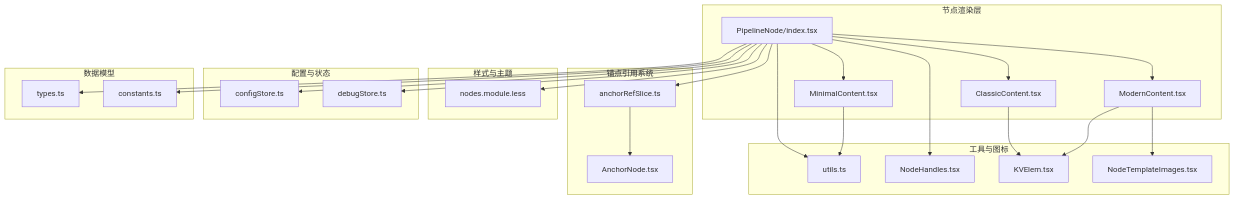
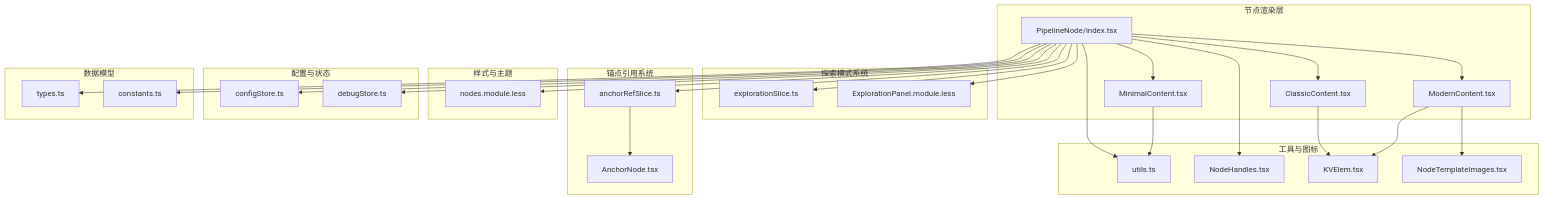
Before and after one commit to kqcoxn/MaaPipelineEditor: the first of 11 diagrams in .qoder/repowiki/zh/content/核心概念/节点系统/Pipeline节点.md, drawn with Mermaid. The commit also changed other lines of this file and 8 other files, not shown here.

````diff
--- a/.qoder/repowiki/zh/content/核心概念/节点系统/Pipeline节点.md
+++ b/.qoder/repowiki/zh/content/核心概念/节点系统/Pipeline节点.md
@@ -49,46 +58,52 @@
 ```mermaid
 graph TB
 subgraph "节点渲染层"
 PN["PipelineNode/index.tsx"]
 CC["ClassicContent.tsx"]
 MC["ModernContent.tsx"]
 MinC["MinimalContent.tsx"]
+end
+subgraph "探索模式系统"
+ES["explorationSlice.ts"]
+EP["ExplorationPanel.module.less"]
 end
 subgraph "锚点引用系统"
 ARS["anchorRefSlice.ts"]
 AN["AnchorNode.tsx"]
 end
 subgraph "样式与主题"
 CSS["nodes.module.less"]
 end
 subgraph "配置与状态"
 CFG["configStore.ts"]
 DBG["debugStore.ts"]
 end
 subgraph "工具与图标"
 U["utils.ts"]
 H["NodeHandles.tsx"]
 KV["KVElem.tsx"]
 TPI["NodeTemplateImages.tsx"]
 end
 subgraph "数据模型"
 T["types.ts"]
 C["constants.ts"]
 end
 PN --> CC
 PN --> MC
 PN --> MinC
+PN --> ES
+PN --> EP
 PN --> ARS
 PN --> CSS
 PN --> CFG
 PN --> DBG
 PN --> H
 MC --> TPI
 MC --> KV
 CC --> KV
 MinC --> U
 PN --> U
 PN --> T
 PN --> C
 ARS --> AN
 ```
````
